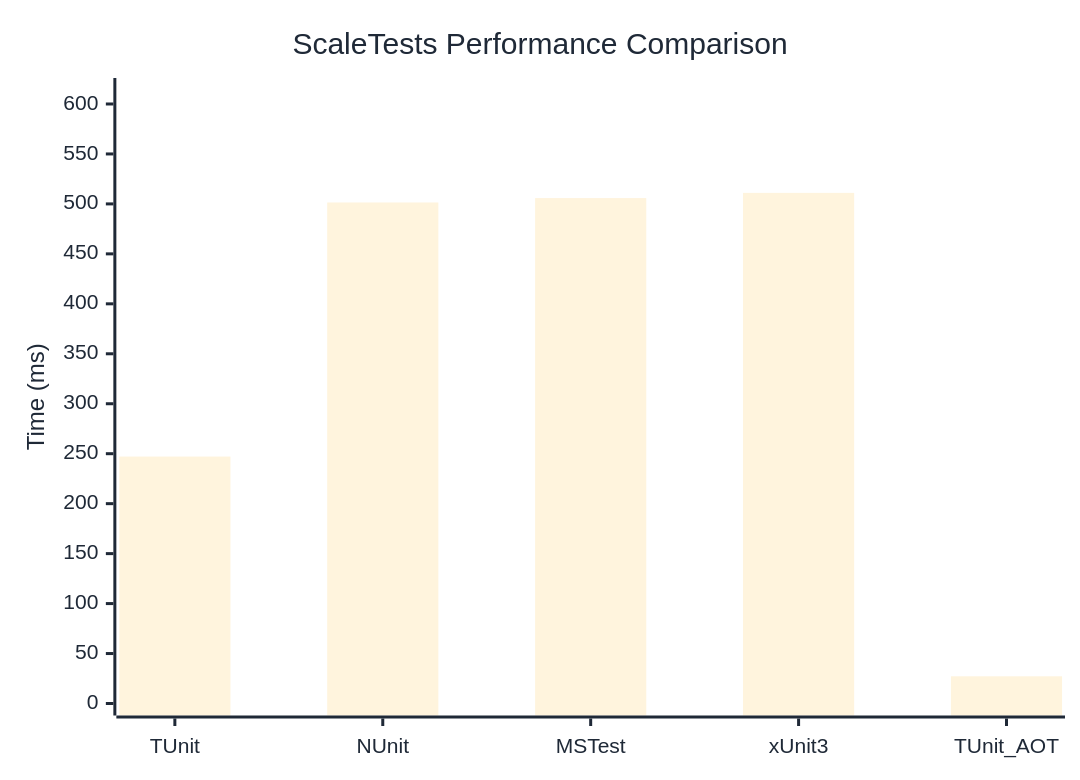
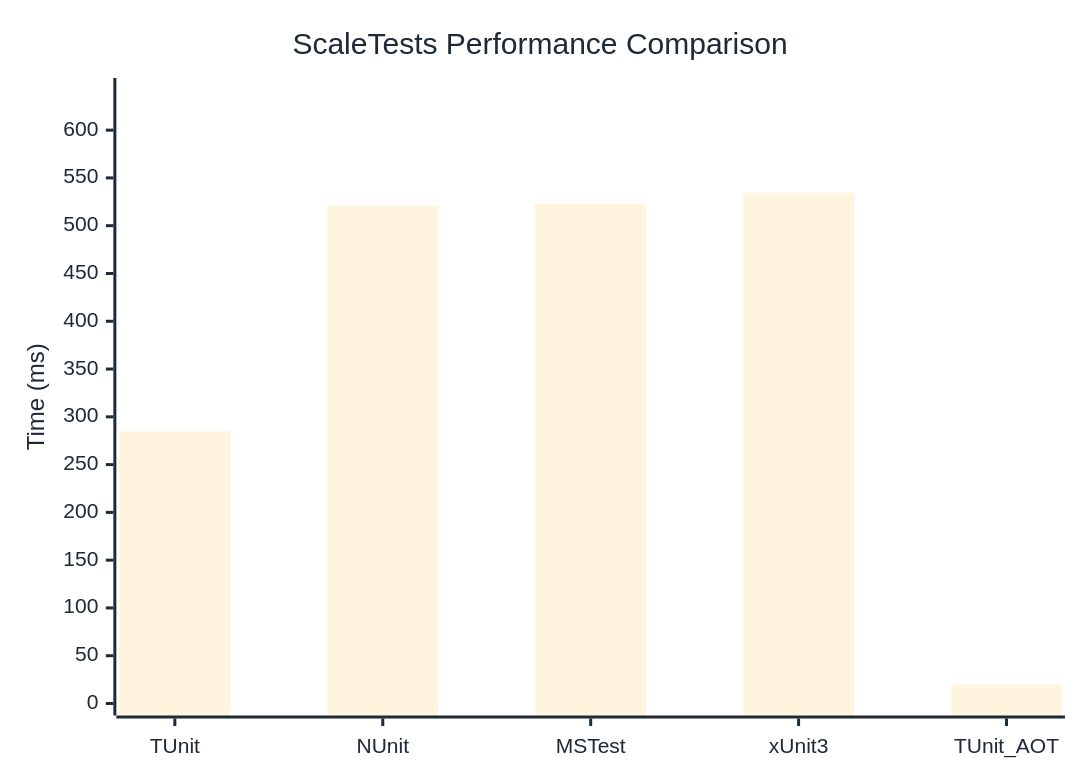
One commit to thomhurst/TUnit changed the diagram in docs/docs/benchmarks/ScaleTests.md. Above: the diagram before and after it, drawn with Mermaid. The commit also changed other lines of this file and 17 other files, not shown here.

````diff
--- a/docs/docs/benchmarks/ScaleTests.md
+++ b/docs/docs/benchmarks/ScaleTests.md
@@ -27,37 +27,37 @@
 ```mermaid
 %%{init: {
   'theme':'base',
   'themeVariables': {
     'primaryColor': '#2563eb',
     'primaryTextColor': '#1f2937',
     'primaryBorderColor': '#1e40af',
     'lineColor': '#6b7280',
     'secondaryColor': '#7c3aed',
     'tertiaryColor': '#dc2626',
     'background': '#ffffff',
     'mainBkg': '#2563eb',
     'secondBkg': '#7c3aed',
     'tertiaryBkg': '#dc2626',
     'clusterBkg': '#f3f4f6',
     'edgeLabelBackground': '#ffffff',
     'tertiaryTextColor': '#1f2937',
     'pie1': '#2563eb',
     'pie2': '#7c3aed',
     'pie3': '#dc2626',
     'pie4': '#f59e0b',
     'pie5': '#10b981',
     'pie6': '#06b6d4',
     'pie7': '#ec4899',
     'pie8': '#6366f1',
     'pie9': '#84cc16',
     'pie10': '#f97316',
     'pie11': '#14b8a6',
     'pie12': '#a855f7'
   }
 }}%%
 xychart-beta
   title "ScaleTests Performance Comparison"
   x-axis ["TUnit", "NUnit", "MSTest", "xUnit3", "TUnit_AOT"]
-  y-axis "Time (ms)" 0 --> 614
-  bar [247.15, 501.42, 505.84, 511.05, 27.21]
+  y-axis "Time (ms)" 0 --> 642
+  bar [285.06, 520.65, 523.02, 534.41, 19.8]
 ```
````
